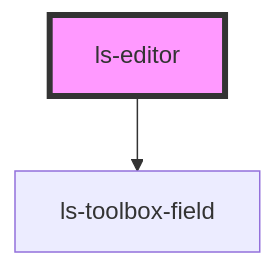
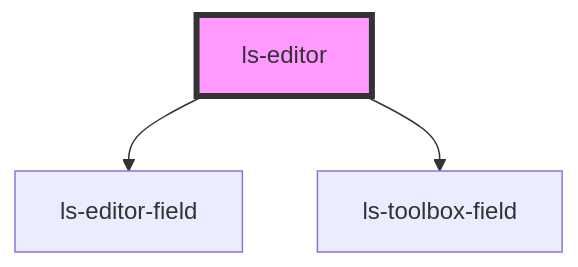
One commit to legalesign/ls-document-viewer changed the diagram in src/components/ls-editor/readme.md. Above: the diagram before and after it, drawn with Mermaid. The commit also changed other lines of this file and 27 other files, not shown here.

````diff
--- a/src/components/ls-editor/readme.md
+++ b/src/components/ls-editor/readme.md
@@ -78,5 +79,6 @@
 ```mermaid
 graph TD;
+  ls-editor --> ls-editor-field
   ls-editor --> ls-toolbox-field
   style ls-editor fill:#f9f,stroke:#333,stroke-width:4px
 ```
````
